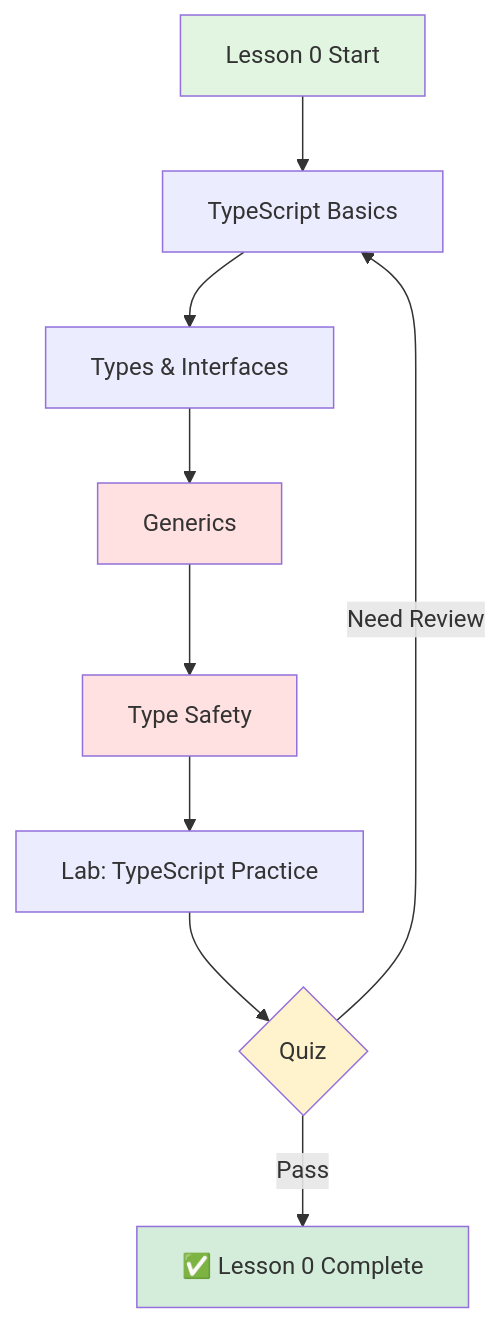
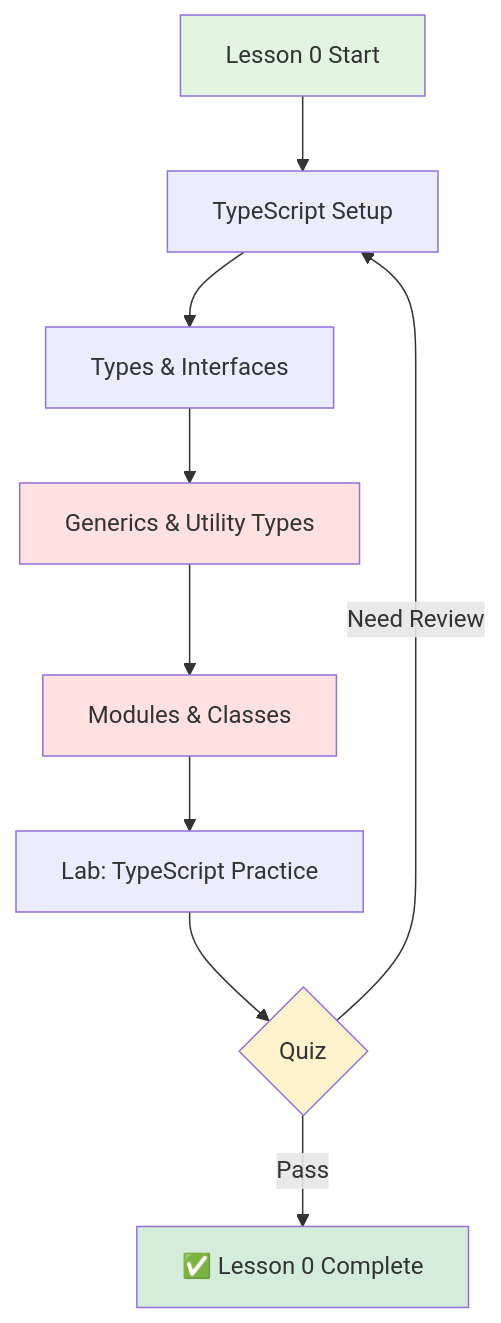
The second of 8 diagrams in diagrams/course_roadmap.md (longndt/react-course), drawn with Mermaid before and after one commit. The commit also changed other lines of this file and 32 other files, not shown here.

````diff
--- a/diagrams/course_roadmap.md
+++ b/diagrams/course_roadmap.md
@@ -45,17 +45,17 @@
 ```mermaid
 flowchart TD
-    A[Lesson 0 Start] --> B[TypeScript Basics]
+    A[Lesson 0 Start] --> B[TypeScript Setup]
     B --> C[Types & Interfaces]
-    C --> D[Generics]
-    D --> E[Type Safety]
+    C --> D[Generics & Utility Types]
+    D --> E[Modules & Classes]
     E --> F[Lab: TypeScript Practice]
     F --> G{Quiz}
     G -->|Pass| H[✅ Lesson 0 Complete]
     G -->|Need Review| B
 
     style A fill:#e1f5e1
     style H fill:#d4edda
     style G fill:#fff3cd
     style D fill:#ffe1e1
     style E fill:#ffe1e1
 ```
````
